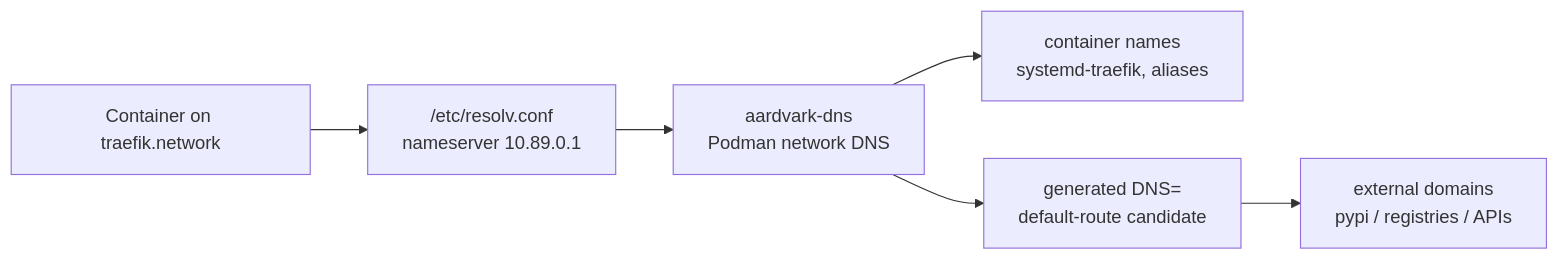
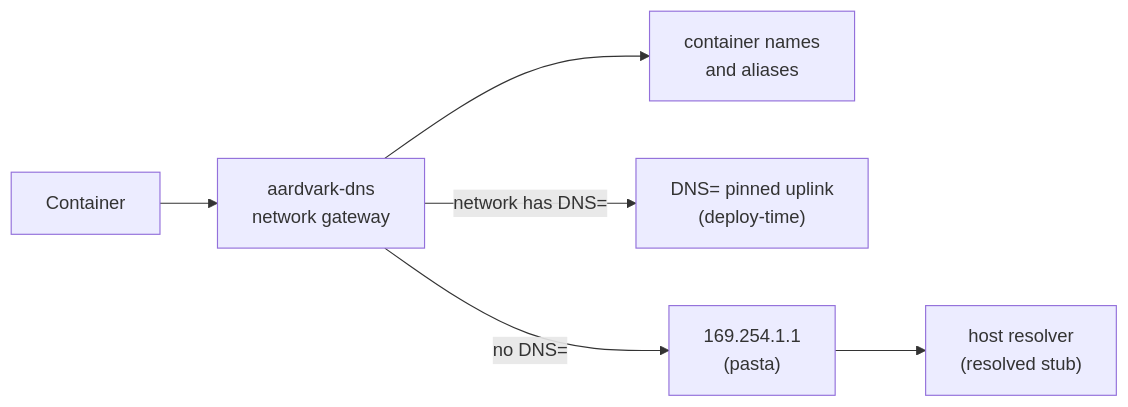
Before and after one commit to specter119/quadlet-homelab: the first of 2 diagrams in docs/quadlet.md, drawn with Mermaid. The commit also changed other lines of this file and 2 other files, not shown here.

First line of the commit message:
docs(quadlet): explain container upstream DNS and render it for langfuse and omnivore

````diff
--- a/docs/quadlet.md
+++ b/docs/quadlet.md
@@ -46,13 +47,14 @@
 ```mermaid
 flowchart LR
-    c["Container on traefik.network"]
-    resolv["/etc/resolv.conf\nnameserver 10.89.0.1"]
-    aardvark["aardvark-dns\nPodman network DNS"]
-    names["container names\nsystemd-traefik, aliases"]
-    external["external domains\npypi / registries / APIs"]
-    upstream["generated DNS=\ndefault-route candidate"]
+    c["Container"]
+    gw["aardvark-dns\nnetwork gateway"]
+    names["container names\nand aliases"]
+    pin["DNS= pinned uplink\n(deploy-time)"]
+    fwd["169.254.1.1\n(pasta)"]
+    host["host resolver\n(resolved stub)"]
 
-    c --> resolv --> aardvark
-    aardvark --> names
-    aardvark --> upstream --> external
+    c --> gw
+    gw --> names
+    gw -->|"network has DNS="| pin
+    gw -->|"no DNS="| fwd --> host
 ```
````
